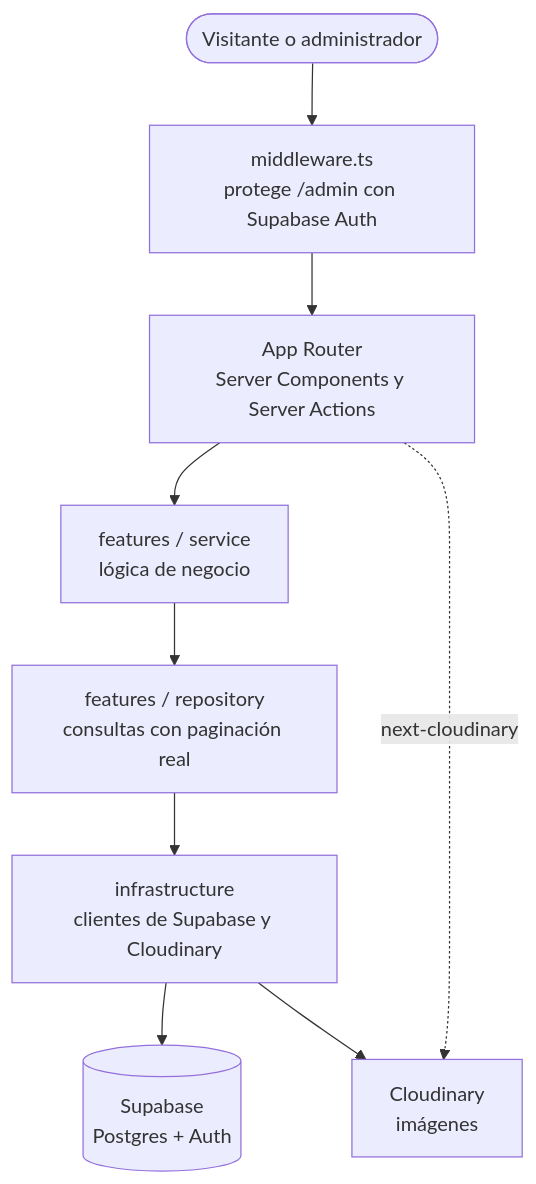
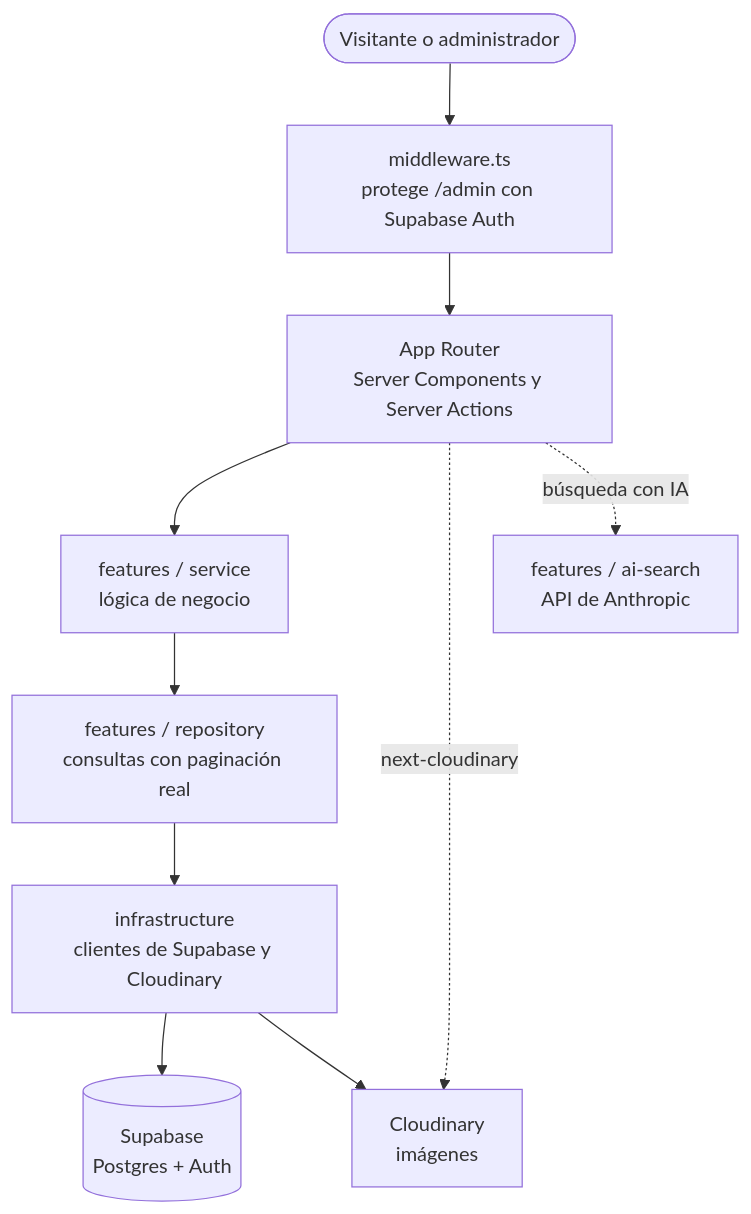
Before and after one commit to santifuenma/ModernHome-WebCatalog: the third of 4 diagrams in README.md, drawn with Mermaid. The commit also changed other lines of this file, not shown here.

Commit message:
docs: polish README and document the AI search

````diff
--- a/README.md
+++ b/README.md
@@ -102,11 +189,12 @@
 ```mermaid
 flowchart TB
     U([Visitante o administrador]) --> M["middleware.ts<br/>protege /admin con Supabase Auth"]
     M --> R["App Router<br/>Server Components y Server Actions"]
     R --> S["features / service<br/>lógica de negocio"]
     S --> Q["features / repository<br/>consultas con paginación real"]
     Q --> I["infrastructure<br/>clientes de Supabase y Cloudinary"]
     I --> DB[("Supabase<br/>Postgres + Auth")]
     R -. "next-cloudinary" .-> CL["Cloudinary<br/>imágenes"]
     I --> CL
+    R -. "búsqueda con IA" .-> AI["features / ai-search<br/>API de Anthropic"]
 ```
````
